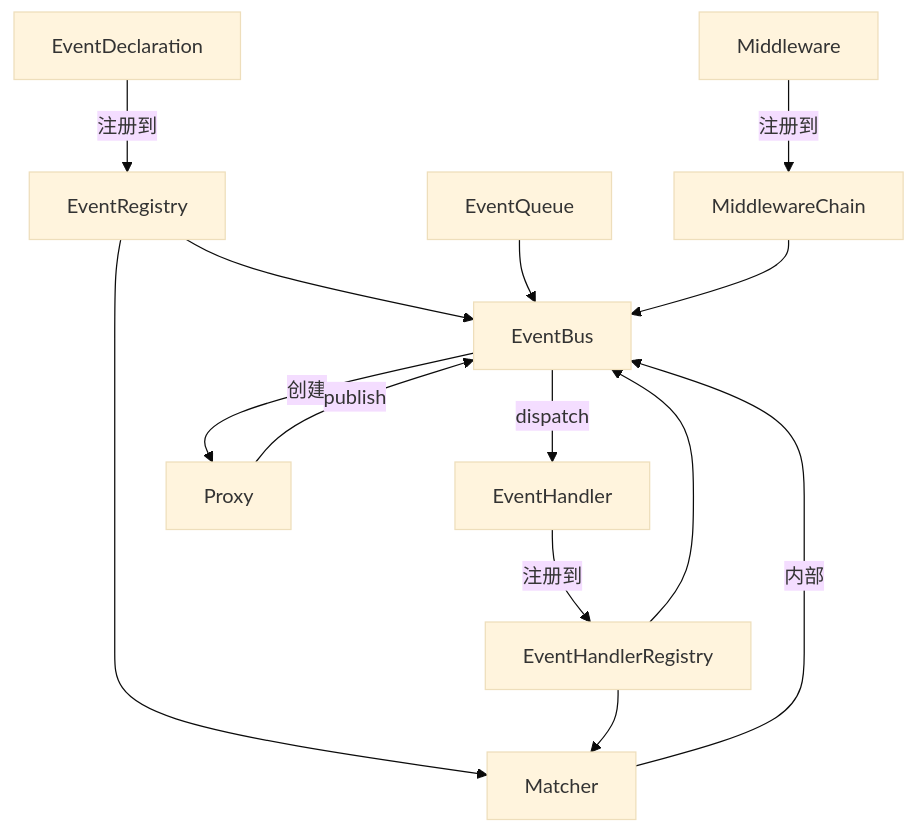
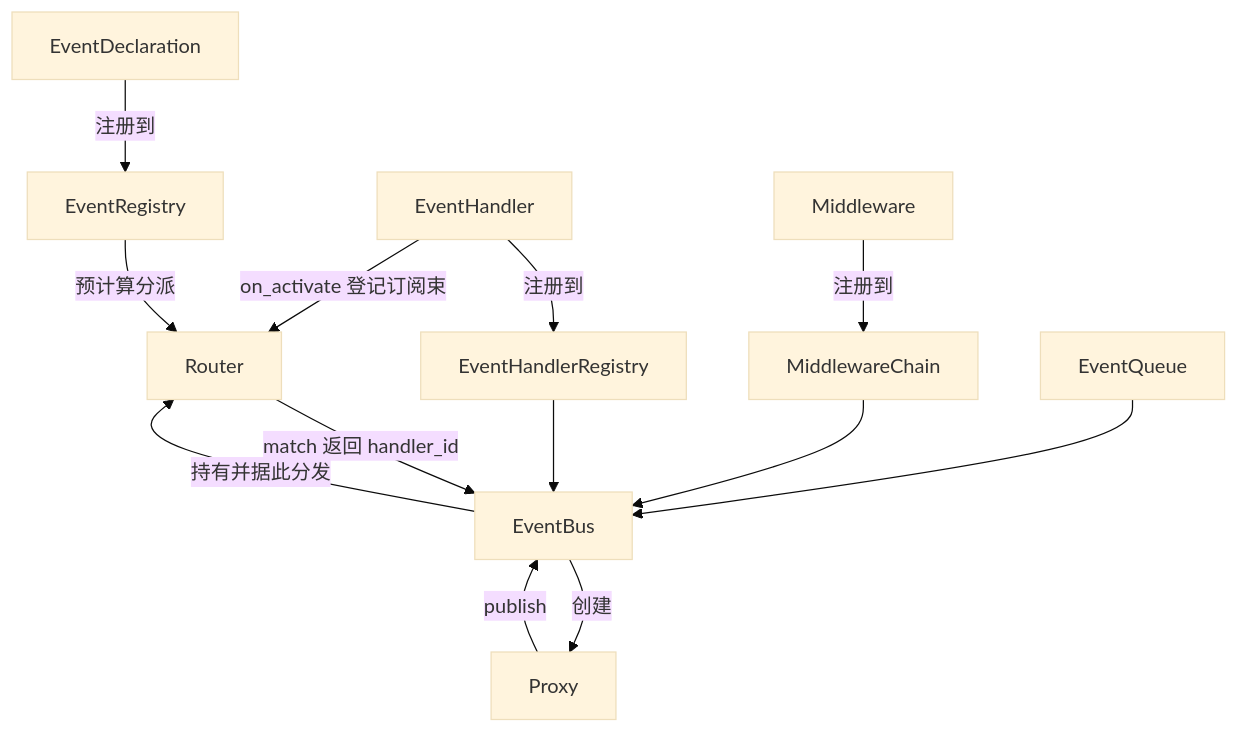
Before and after one commit to yinbailiang/event_bus: the diagram in docs/zh-cn/event_bus.md, drawn with Mermaid (base theme). The commit also changed other lines of this file and 14 other files, not shown here.

Commit message:
docs(router): rewrite bus/event/handler/router docs for Router + Subscriptions API

````diff
--- a/docs/zh-cn/event_bus.md
+++ b/docs/zh-cn/event_bus.md
@@ -25,16 +25,15 @@
 ```mermaid
 graph TD
     ED[EventDeclaration] -->|注册到| ER[EventRegistry]
     EH[EventHandler] -->|注册到| HR[EventHandlerRegistry]
     MW[Middleware] -->|注册到| MC[MiddlewareChain]
-    ER --> EB[EventBus]
-    HR --> EB
-    ER --> MT[Matcher]
-    HR --> MT
-    MT -->|内部| EB
+    ER -->|预计算分派| R[Router]
+    HR --> EB[EventBus]
+    EH -->|on_activate 登记订阅束| R[Router]
+    EB -->|持有并据此分发| R[Router]
+    R -->|match 返回 handler_id| EB
     Q[EventQueue] --> EB
     MC --> EB
     EB -->|创建| PX[Proxy]
     PX -->|publish| EB
-    EB -->|dispatch| EH
 ```
````
